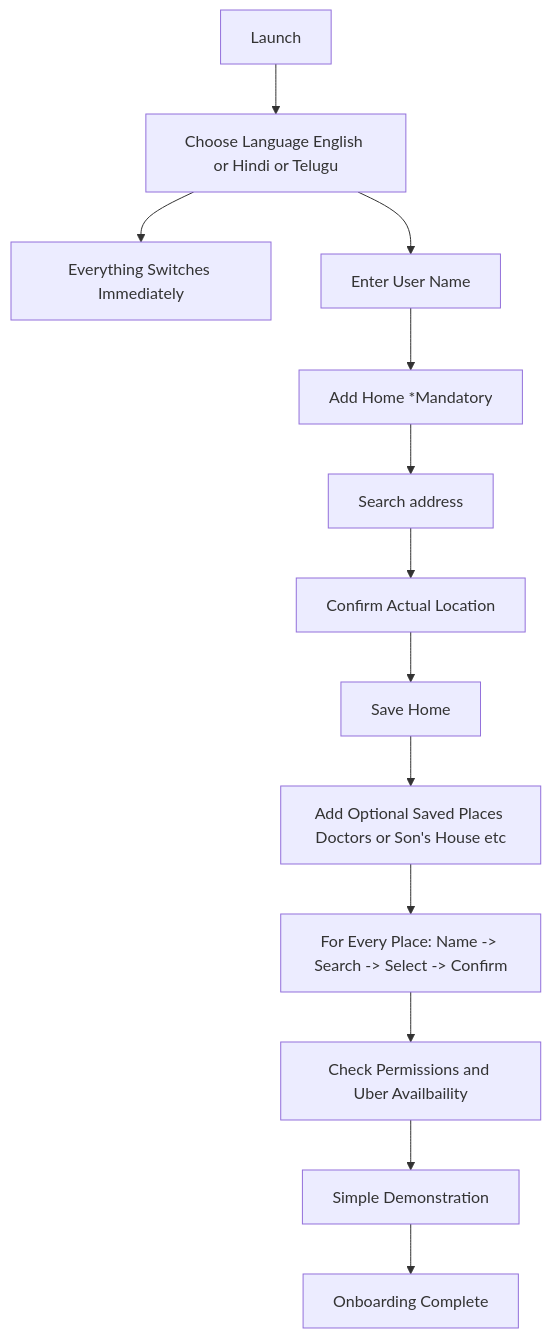
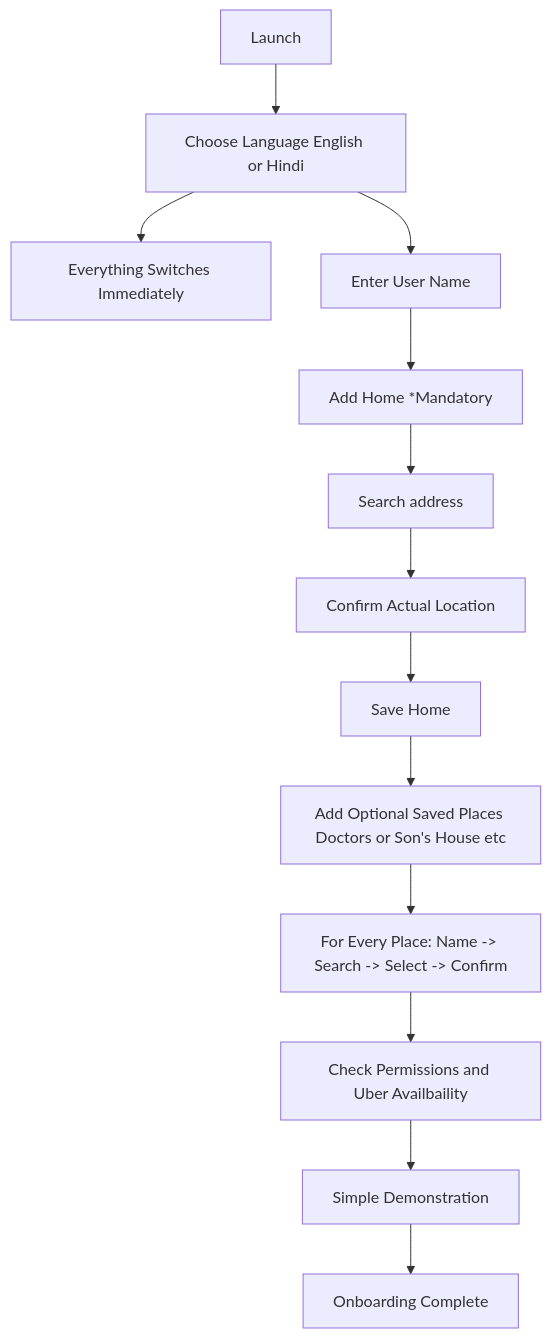
Before and after one commit to whyismeleige/ride-saathi: the second of 4 diagrams in README.md, drawn with Mermaid. The commit also changed other lines of this file and 22 other files, not shown here.

````diff
--- a/README.md
+++ b/README.md
@@ -111,19 +111,19 @@
 ```mermaid
 flowchart TD
-    A[Launch] --> B[Choose Language English or Hindi or Telugu]
+    A[Launch] --> B[Choose Language English or Hindi]
  B --> C[Everything Switches Immediately]
 
  B --> D[Enter User Name]
 
  D --> E[Add Home *Mandatory]
  E --> F[Search address]
  F --> G[Confirm Actual Location]
  G --> H[Save Home]
 
  H --> I[Add Optional Saved Places Doctors or Son's House etc]
  I --> J[For Every Place: Name -> Search -> Select -> Confirm]
 
  J --> K[Check Permissions and Uber Availbaility]
  K --> L[Simple Demonstration]
  L --> M[Onboarding Complete]
 ```
````
